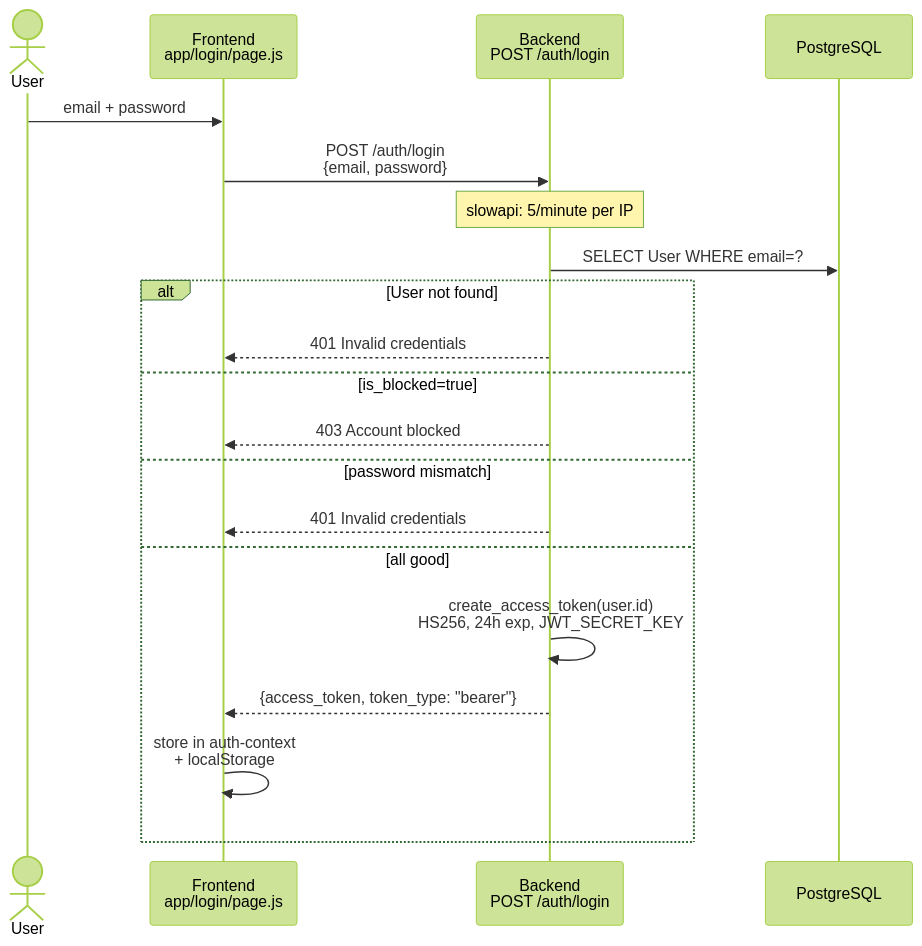
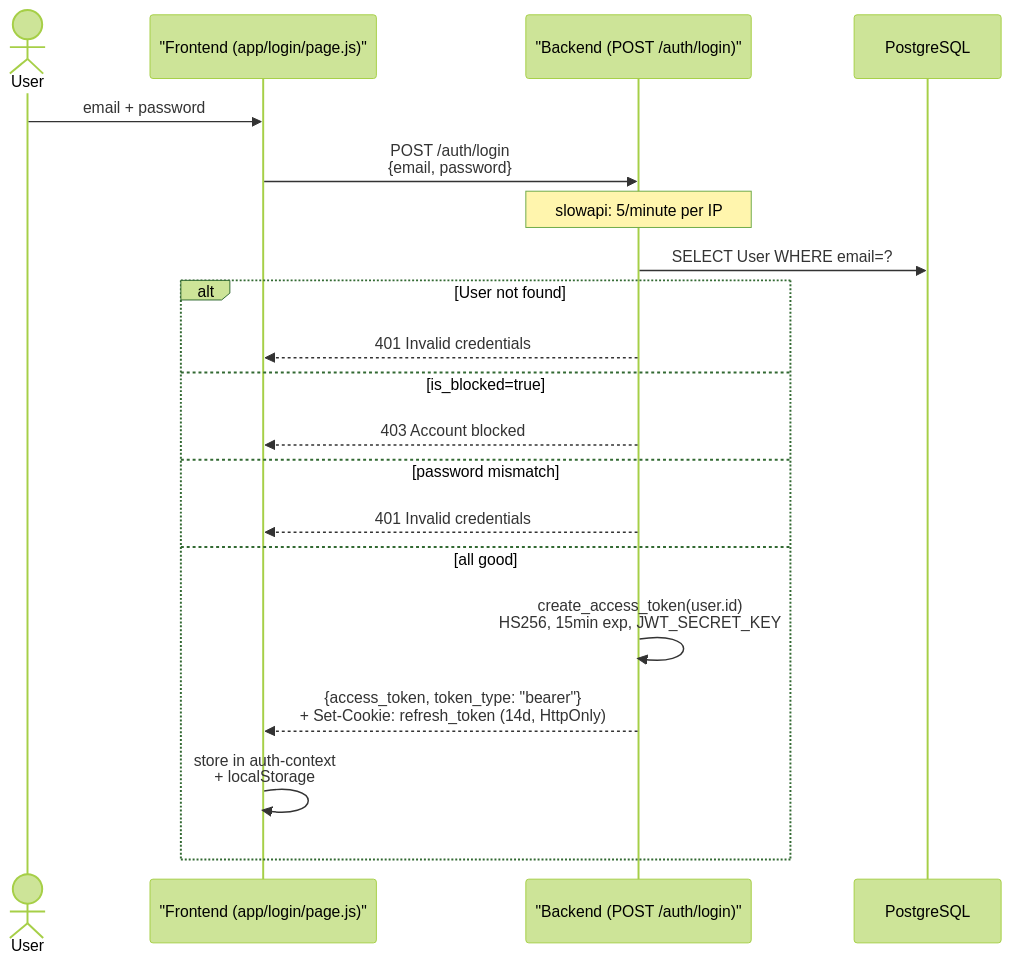
Before and after one commit to levismadar80-ship-it/FoodMamkor: the second of 5 diagrams in .ai/diagrams/auth-flow.md, drawn with Mermaid (forest theme). The commit also changed other lines of this file and 2 other files, not shown here.

First line of the commit message:
docs: update DEPLOYMENT, AUDIT finding #2, auth-flow diagram for MEH-326

````diff
--- a/.ai/diagrams/auth-flow.md
+++ b/.ai/diagrams/auth-flow.md
@@ -54,23 +54,23 @@
 ```mermaid
 sequenceDiagram
     actor U as User
-    participant FE as Frontend<br/>app/login/page.js
-    participant BE as Backend<br/>POST /auth/login
+    participant FE as "Frontend (app/login/page.js)"
+    participant BE as "Backend (POST /auth/login)"
     participant DB as PostgreSQL
 
     U->>FE: email + password
     FE->>BE: POST /auth/login<br/>{email, password}
     Note over BE: slowapi: 5/minute per IP
     BE->>DB: SELECT User WHERE email=?
     alt User not found
         BE-->>FE: 401 Invalid credentials
     else is_blocked=true
         BE-->>FE: 403 Account blocked
     else password mismatch
         BE-->>FE: 401 Invalid credentials
     else all good
-        BE->>BE: create_access_token(user.id)<br/>HS256, 24h exp, JWT_SECRET_KEY
-        BE-->>FE: {access_token, token_type: "bearer"}
+        BE->>BE: create_access_token(user.id)<br/>HS256, 15min exp, JWT_SECRET_KEY
+        BE-->>FE: {access_token, token_type: "bearer"}<br/>+ Set-Cookie: refresh_token (14d, HttpOnly)
         FE->>FE: store in auth-context<br/>+ localStorage
     end
 ```
````
